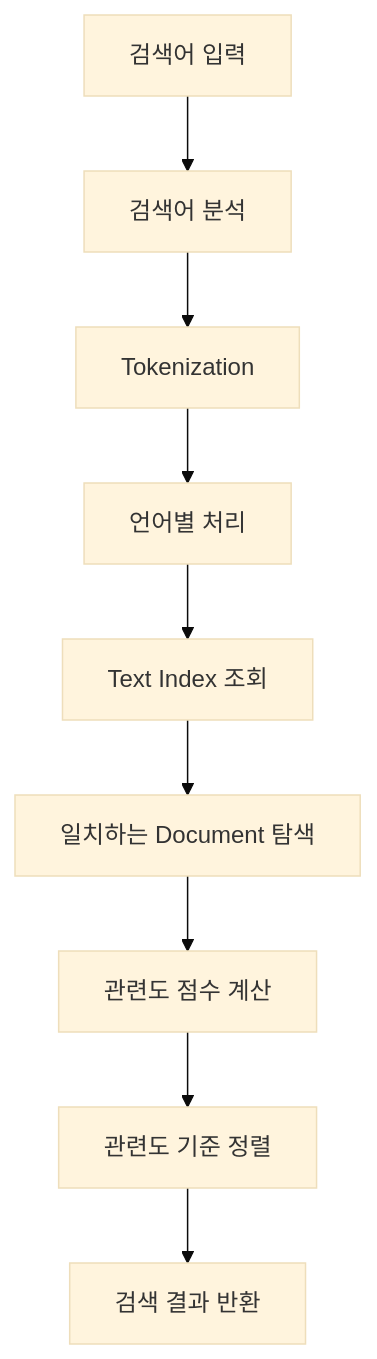
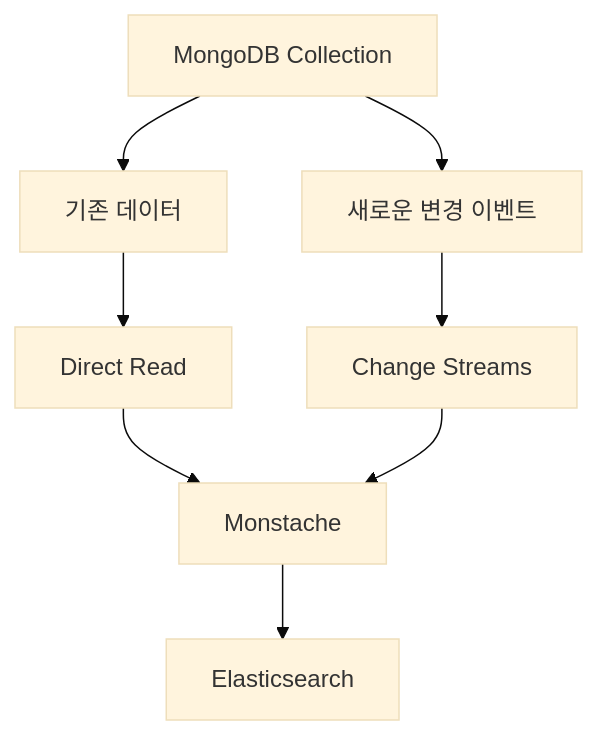
One commit to ysiksik/ysiksik.github.io changed the sixth of 12 diagrams in _posts/study/smart-learning-ent/nosql-mongodb-easy-for-anyone-to-learn/2026-11-12-text-search-and-utilizing-indexes.md. Above: the diagram before and after it, drawn with Mermaid (base theme). The commit also changed other lines of this file, not shown here.

````diff
--- a/_posts/study/smart-learning-ent/nosql-mongodb-easy-for-anyone-to-learn/2026-11-12-text-search-and-utilizing-indexes.md
+++ b/_posts/study/smart-learning-ent/nosql-mongodb-easy-for-anyone-to-learn/2026-11-12-text-search-and-utilizing-indexes.md
@@ -489,21 +469,24 @@
 ```mermaid
 flowchart TD
-    A["검색어 입력"]
-    B["검색어 분석"]
-    C["Tokenization"]
-    D["언어별 처리"]
-    E["Text Index 조회"]
-    F["일치하는 Document 탐색"]
-    G["관련도 점수 계산"]
-    H["관련도 기준 정렬"]
-    I["검색 결과 반환"]
+    A["MongoDB Collection"]
+
+    B["기존 데이터"]
+    C["새로운 변경 이벤트"]
+
+    D["Direct Read"]
+    E["Change Streams"]
+
+    F["Monstache"]
+    G["Elasticsearch"]
 
     A --> B
-    B --> C
-    C --> D
-    D --> E
+    A --> C
+
+    B --> D
+    C --> E
+
+    D --> F
     E --> F
+
     F --> G
-    G --> H
-    H --> I
 ```
````
